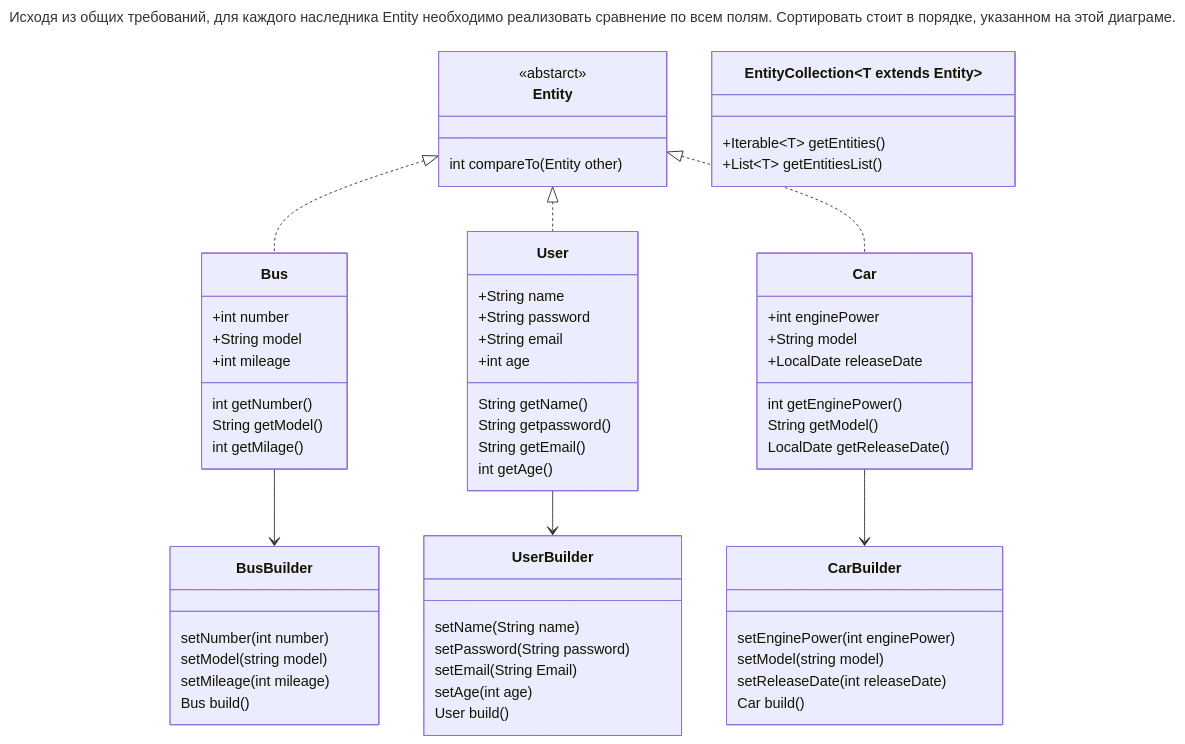
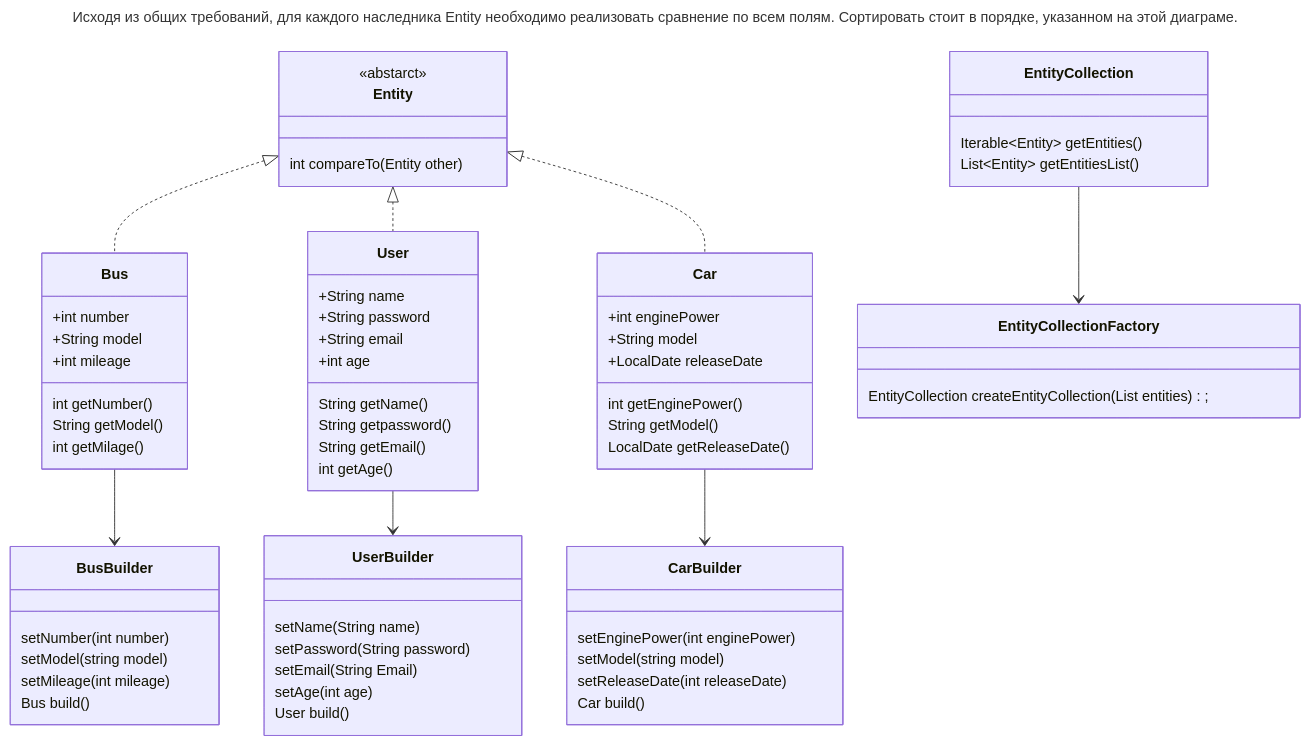
Before and after one commit to ColAshN65/FirstTeamProject: the fifth of 6 diagrams in README.md, drawn with Mermaid.

Commit message:
Readme EntityCollection corrections
Отказываемся от иммутабельности типа в коллекции в пользу упрощения текущего кода без потери функциональности.

```diff
--- a/README.md
+++ b/README.md
@@ -222,16 +222,24 @@
   Bus --> BusBuilder
   User --> UserBuilder
   Car --> CarBuilder
+  
+  EntityCollection --> EntityCollectionFactory
 
   class Entity {
     <<abstarct>>
     int compareTo(Entity other)
   }
 
-  class EntityCollection~T extends Entity~{
-    +Iterable~T~ getEntities()
-    +List~T~ getEntitiesList()
+  class EntityCollection{
+    Iterable~Entity~ getEntities()
+    List~Entity~ getEntitiesList()
   }
+
+  class EntityCollectionFactory{
+    EntityCollection createEntityCollection(List<Entity> entities);
+  }
+
+  class EntityCollectionFactory
 
   class Bus {
     +int number
```
